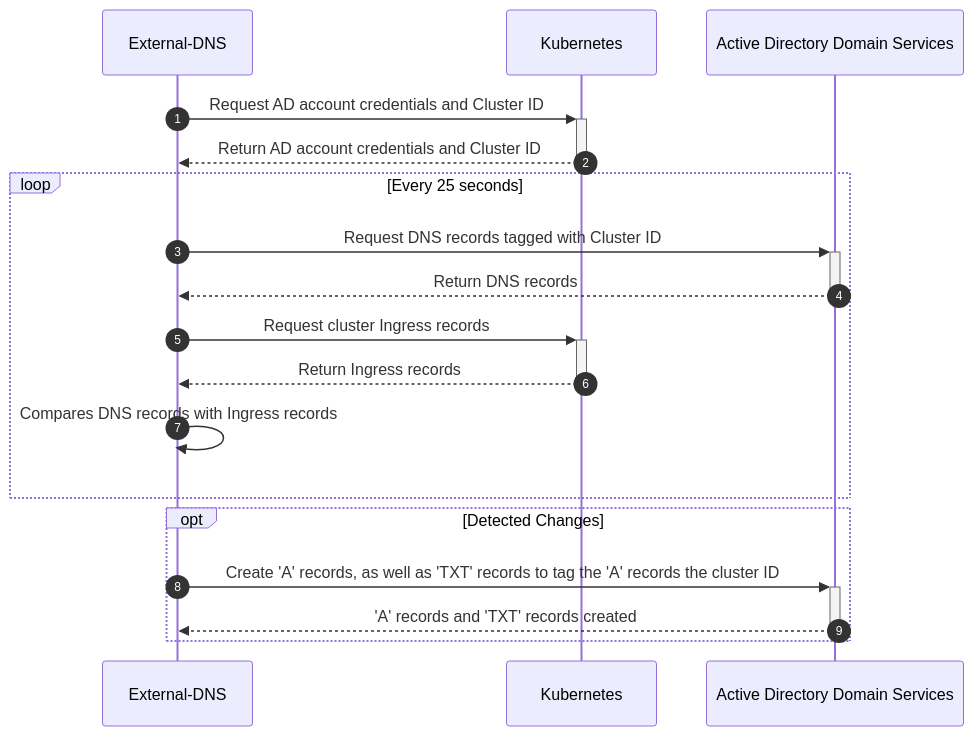
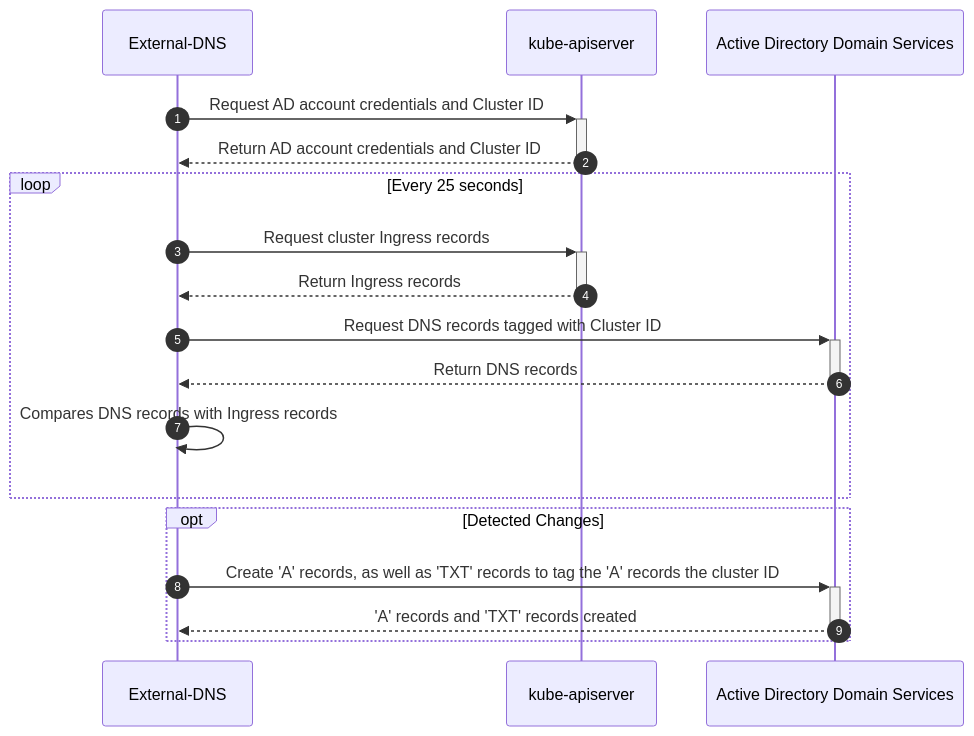
One commit to sachua/tgif-slides changed the fifth of 8 diagrams in slides.md. Above: the diagram before and after it, drawn with Mermaid. The commit also changed other lines of this file and 4 other files, not shown here.

````diff
--- a/slides.md
+++ b/slides.md
@@ -424,20 +251,20 @@
 ```mermaid{scale: 0.5,mirrorActors: false}
 sequenceDiagram
   autonumber
   participant E as External-DNS
-  participant K as Kubernetes
+  participant K as kube-apiserver
   participant AD as Active Directory Domain Services
   E->>+K: Request AD account credentials and Cluster ID
   K-->>-E: Return AD account credentials and Cluster ID
   loop Every 25 seconds
+    E->>+K: Request cluster Ingress records
+    K-->>-E: Return Ingress records
     E->>+AD: Request DNS records tagged with Cluster ID
     AD-->>-E: Return DNS records
-    E->>+K: Request cluster Ingress records
-    K-->>-E: Return Ingress records
     E->>E: Compares DNS records with Ingress records
   end
   opt Detected Changes
     E->>+AD: Create 'A' records, as well as 'TXT' records to tag the 'A' records the cluster ID
     AD-->>-E: 'A' records and 'TXT' records created
   end
 ```
````
